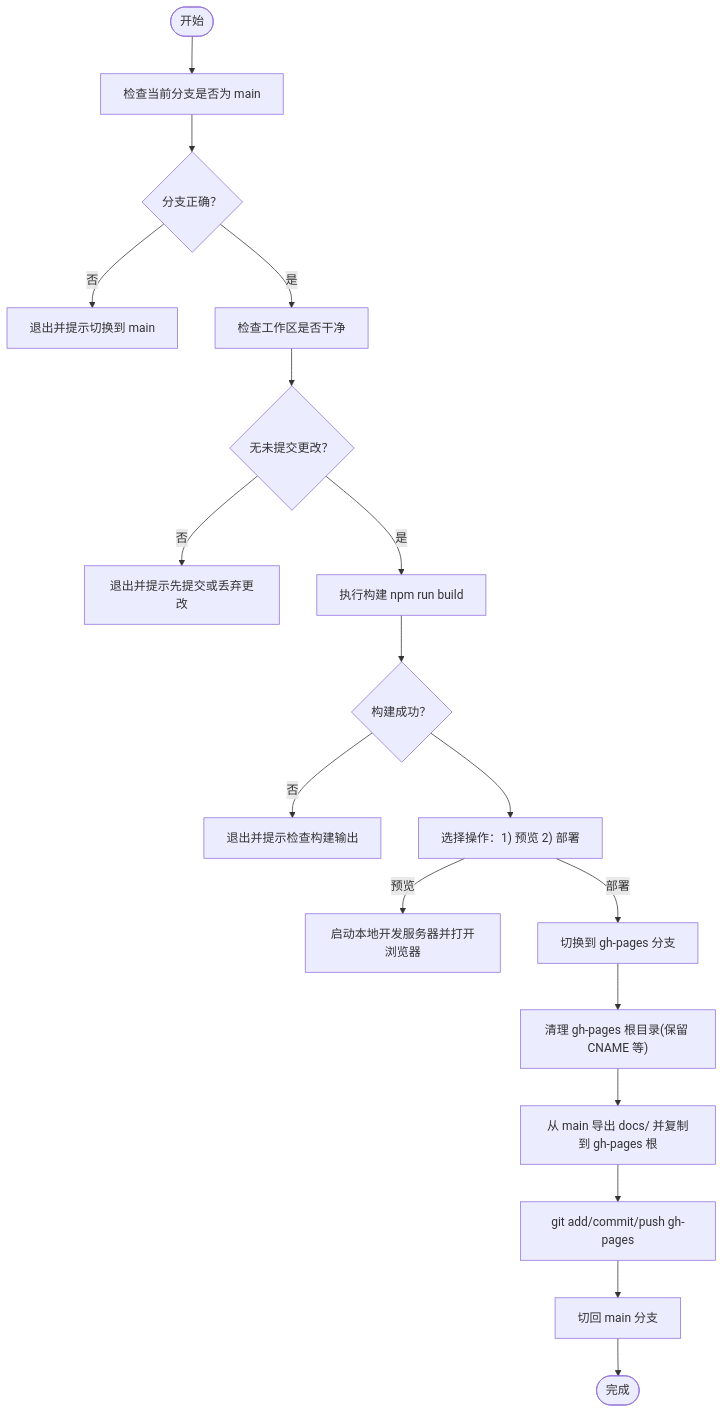
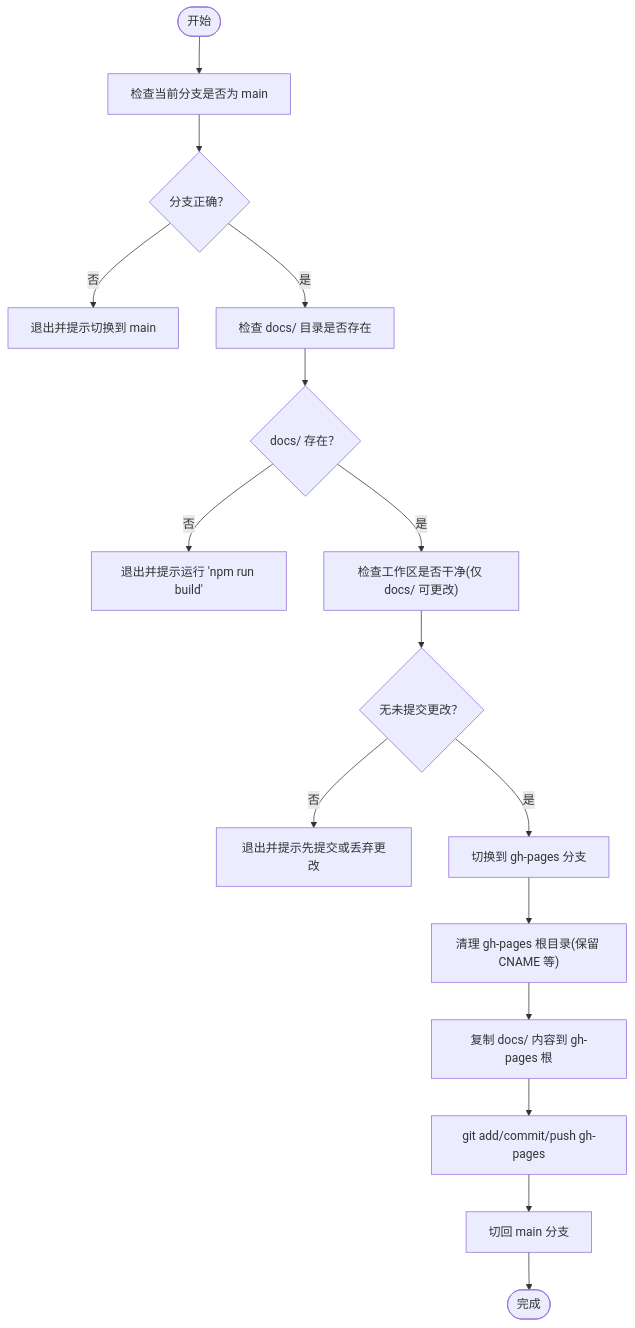
Before and after one commit to vincentline/MeeWoo.me: the third of 5 diagrams in .qoder/repowiki/zh/content/部署说明.md, drawn with Mermaid. The commit also changed other lines of this file and 8 other files, not shown here.

````diff
--- a/.qoder/repowiki/zh/content/部署说明.md
+++ b/.qoder/repowiki/zh/content/部署说明.md
@@ -133,20 +138,18 @@
 ```mermaid
 flowchart TD
 Start(["开始"]) --> CheckBranch["检查当前分支是否为 main"]
 CheckBranch --> BranchOK{"分支正确？"}
 BranchOK --> |否| ExitErr1["退出并提示切换到 main"]
-BranchOK --> |是| CheckClean["检查工作区是否干净"]
+BranchOK --> |是| CheckDocs["检查 docs/ 目录是否存在"]
+CheckDocs --> DocsOK{"docs/ 存在？"}
+DocsOK --> |否| ExitErr2["退出并提示运行 'npm run build'"]
+DocsOK --> |是| CheckClean["检查工作区是否干净(仅 docs/ 可更改)"]
 CheckClean --> CleanOK{"无未提交更改？"}
-CleanOK --> |否| ExitErr2["退出并提示先提交或丢弃更改"]
-CleanOK --> |是| Build["执行构建 npm run build"]
-Build --> BuildOK{"构建成功？"}
-BuildOK --> |否| ExitErr3["退出并提示检查构建输出"]
-BuildOK --> Choice["选择操作：1) 预览 2) 部署"]
-Choice --> |预览| DevServer["启动本地开发服务器并打开浏览器"]
-Choice --> |部署| Checkout["切换到 gh-pages 分支"]
+CleanOK --> |否| ExitErr3["退出并提示先提交或丢弃更改"]
+CleanOK --> |是| Checkout["切换到 gh-pages 分支"]
 Checkout --> CleanGH["清理 gh-pages 根目录(保留 CNAME 等)"]
-CleanGH --> ExportDocs["从 main 导出 docs/ 并复制到 gh-pages 根"]
-ExportDocs --> CommitPush["git add/commit/push gh-pages"]
+CleanGH --> CopyDocs["复制 docs/ 内容到 gh-pages 根"]
+CopyDocs --> CommitPush["git add/commit/push gh-pages"]
 CommitPush --> SwitchBack["切回 main 分支"]
 SwitchBack --> Done(["完成"])
 ```
````
